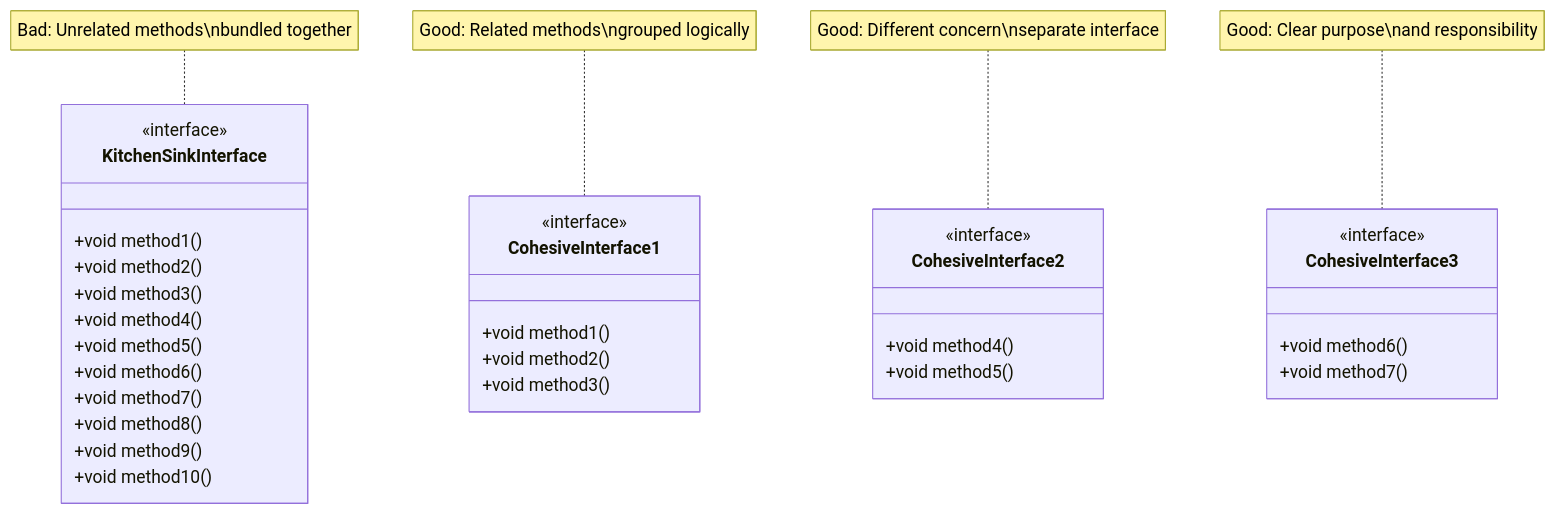
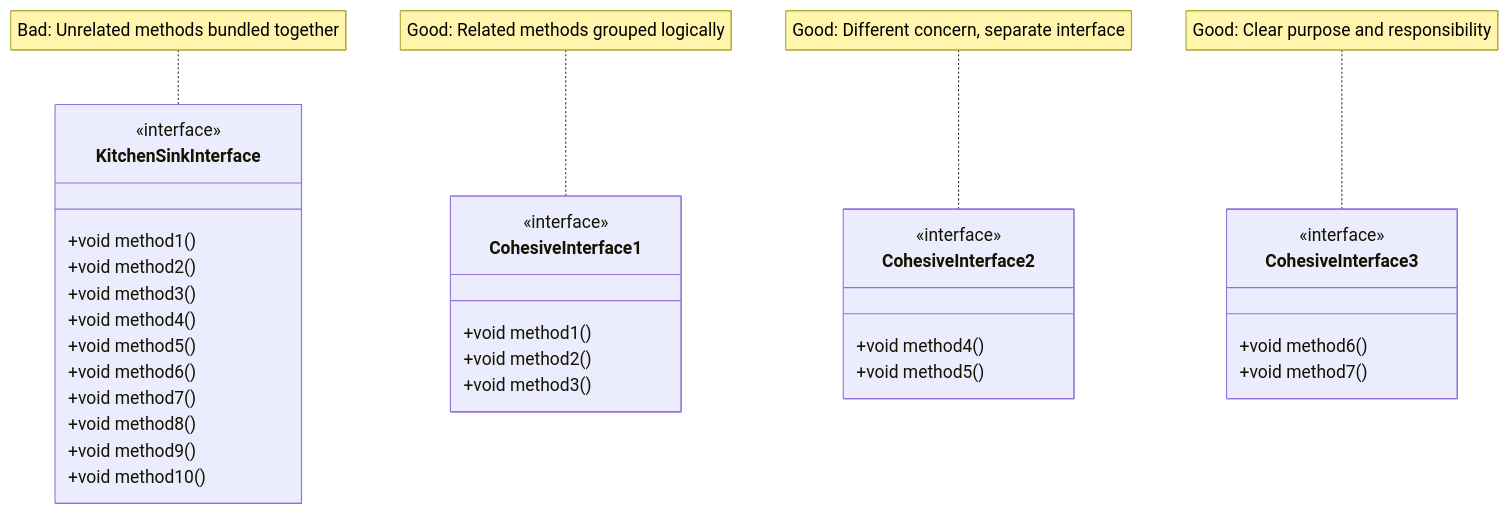
The diagram in Articles/SDT/Design Principles/SOLID/013 Interface Segregation Principle - Provider Side.md (TroelsMortensen/Codelabs2), drawn with Mermaid before and after one commit. The commit also changed other lines of this file and 10 other files, not shown here.

````diff
--- a/Articles/SDT/Design Principles/SOLID/013 Interface Segregation Principle - Provider Side.md
+++ b/Articles/SDT/Design Principles/SOLID/013 Interface Segregation Principle - Provider Side.md
@@ -195,40 +164,40 @@
 ```mermaid
 classDiagram
     class KitchenSinkInterface {
         <<interface>>
         +void method1()
         +void method2()
         +void method3()
         +void method4()
         +void method5()
         +void method6()
         +void method7()
         +void method8()
         +void method9()
         +void method10()
     }
     
     class CohesiveInterface1 {
         <<interface>>
         +void method1()
         +void method2()
         +void method3()
     }
     
     class CohesiveInterface2 {
         <<interface>>
         +void method4()
         +void method5()
     }
     
     class CohesiveInterface3 {
         <<interface>>
         +void method6()
         +void method7()
     }
     
-    note for KitchenSinkInterface "Bad: Unrelated methods\nbundled together"
-    note for CohesiveInterface1 "Good: Related methods\ngrouped logically"
-    note for CohesiveInterface2 "Good: Different concern\nseparate interface"
-    note for CohesiveInterface3 "Good: Clear purpose\nand responsibility"
+    note for KitchenSinkInterface "Bad: Unrelated methods bundled together"
+    note for CohesiveInterface1 "Good: Related methods grouped logically"
+    note for CohesiveInterface2 "Good: Different concern, separate interface"
+    note for CohesiveInterface3 "Good: Clear purpose and responsibility"
 ```
````
